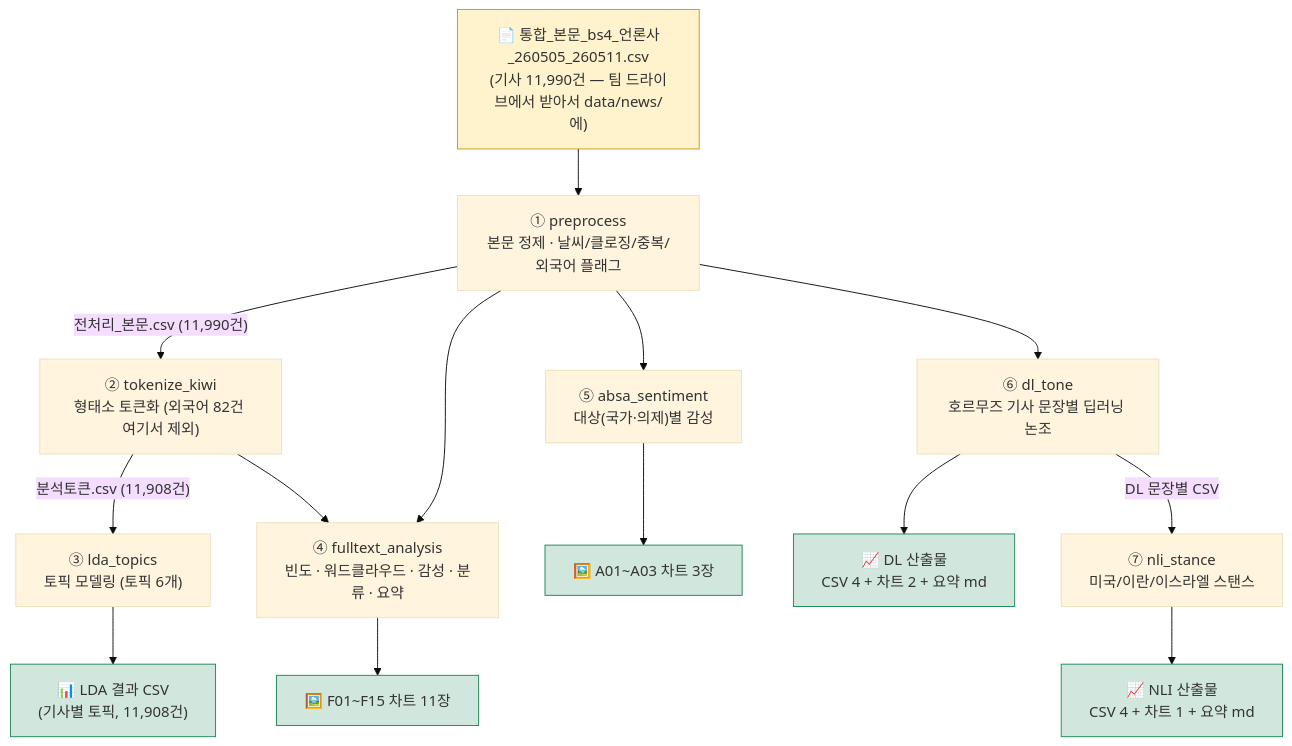
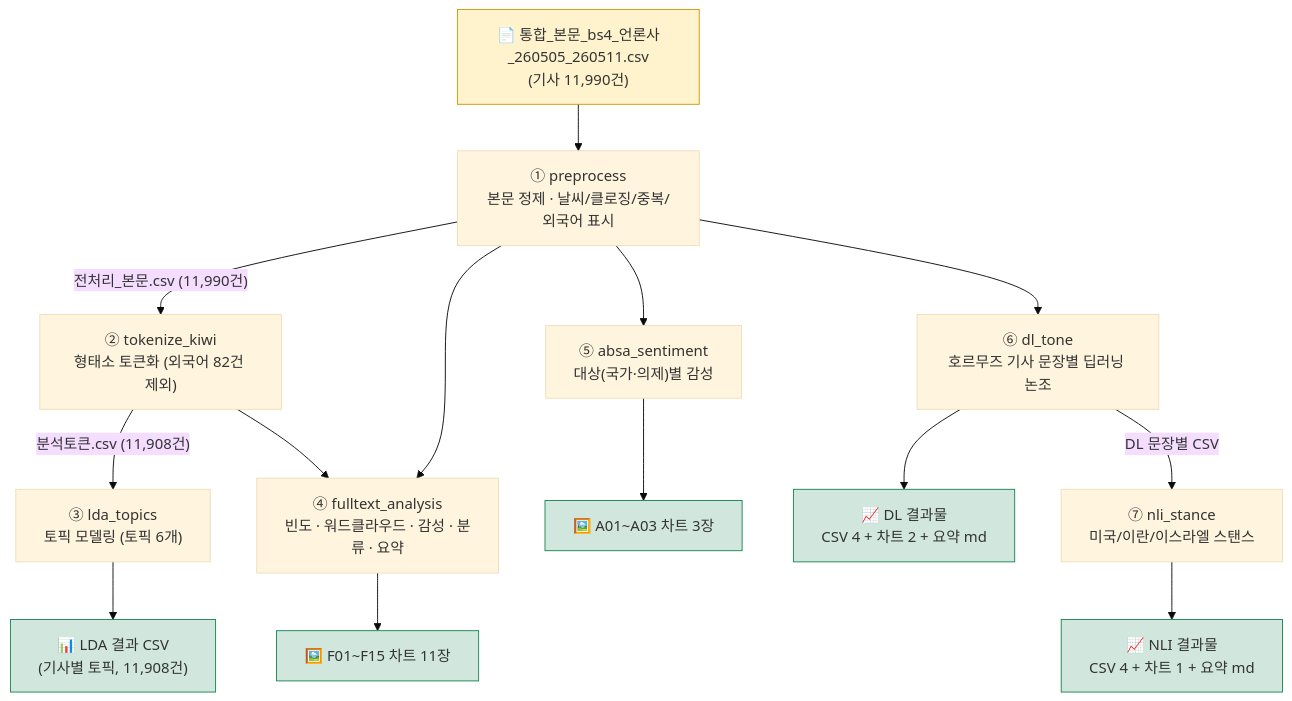
One commit to ChaeYeonKim0204/Text-data-Analysis_26-Spring changed the diagram in pipeline_py/README.md. Above: the diagram before and after it, drawn with Mermaid (base theme). The commit also changed other lines of this file and 12 other files, not shown here.

````diff
--- a/pipeline_py/README.md
+++ b/pipeline_py/README.md
@@ -17,35 +15,35 @@
 ```mermaid
 flowchart TD
-    INPUT["📄 통합_본문_bs4_언론사_260505_260511.csv<br/>(기사 11,990건 — 팀 드라이브에서 받아서 data/news/에)"]
+    INPUT["📄 통합_본문_bs4_언론사_260505_260511.csv<br/>(기사 11,990건)"]
 
-    P["① preprocess<br/>본문 정제 · 날씨/클로징/중복/외국어 플래그"]
-    T["② tokenize_kiwi<br/>형태소 토큰화 (외국어 82건 여기서 제외)"]
+    P["① preprocess<br/>본문 정제 · 날씨/클로징/중복/외국어 표시"]
+    T["② tokenize_kiwi<br/>형태소 토큰화 (외국어 82건 제외)"]
     L["③ lda_topics<br/>토픽 모델링 (토픽 6개)"]
     F["④ fulltext_analysis<br/>빈도 · 워드클라우드 · 감성 · 분류 · 요약"]
     A["⑤ absa_sentiment<br/>대상(국가·의제)별 감성"]
     D["⑥ dl_tone<br/>호르무즈 기사 문장별 딥러닝 논조"]
     N["⑦ nli_stance<br/>미국/이란/이스라엘 스탠스"]
 
     OUT1["📊 LDA 결과 CSV<br/>(기사별 토픽, 11,908건)"]
     OUT2["🖼️ F01~F15 차트 11장"]
     OUT3["🖼️ A01~A03 차트 3장"]
-    OUT4["📈 DL 산출물<br/>CSV 4 + 차트 2 + 요약 md"]
-    OUT5["📈 NLI 산출물<br/>CSV 4 + 차트 1 + 요약 md"]
+    OUT4["📈 DL 결과물<br/>CSV 4 + 차트 2 + 요약 md"]
+    OUT5["📈 NLI 결과물<br/>CSV 4 + 차트 1 + 요약 md"]
 
     INPUT --> P
     P -->|"전처리_본문.csv (11,990건)"| T
     T -->|"분석토큰.csv (11,908건)"| L --> OUT1
     P --> F
     T --> F
     F --> OUT2
     P --> A --> OUT3
     P --> D --> OUT4
     D -->|"DL 문장별 CSV"| N --> OUT5
 
     style INPUT fill:#fff3cd,stroke:#cc9a06
     style OUT1 fill:#d1e7dd,stroke:#198754
     style OUT2 fill:#d1e7dd,stroke:#198754
     style OUT3 fill:#d1e7dd,stroke:#198754
     style OUT4 fill:#d1e7dd,stroke:#198754
     style OUT5 fill:#d1e7dd,stroke:#198754
 ```
````
